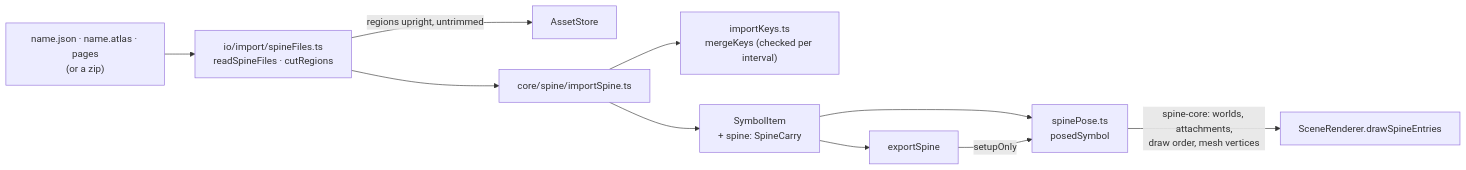
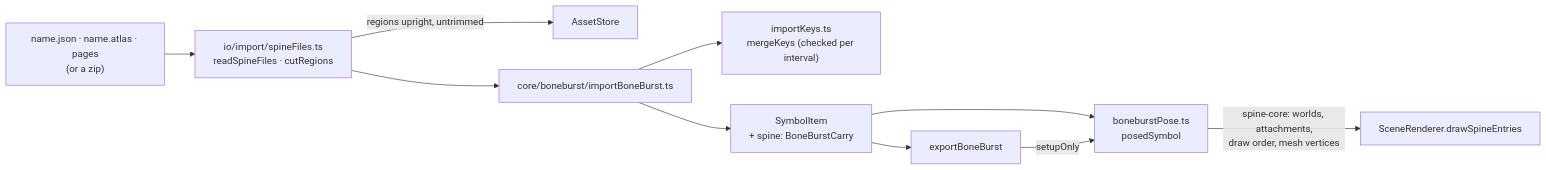
The fourth of 7 diagrams in docs/ARCHITECTURE.md (12pnp/M0-Animation-2D), drawn with Mermaid before and after one commit. The commit also changed other lines of this file and 115 other files, not shown here.

First line of the commit message:
Rename the core Spine module to BoneBurst; plan the move into M0-Animation-2D

````diff
--- a/docs/ARCHITECTURE.md
+++ b/docs/ARCHITECTURE.md
@@ -1135,12 +1135,12 @@
 ```mermaid
 flowchart LR
     FILES["name.json · name.atlas · pages<br/>(or a zip)"] --> READ["io/import/spineFiles.ts<br/>readSpineFiles · cutRegions"]
     READ -->|"regions upright, untrimmed"| ASSETS["AssetStore"]
-    READ --> IMP["core/spine/importSpine.ts"]
+    READ --> IMP["core/boneburst/importBoneBurst.ts"]
     IMP --> KEYS["importKeys.ts<br/>mergeKeys (checked per interval)"]
-    IMP --> DOC["SymbolItem<br/>+ spine: SpineCarry"]
-    DOC --> EXP["exportSpine"]
-    DOC --> POSE["spinePose.ts<br/>posedSymbol"]
+    IMP --> DOC["SymbolItem<br/>+ spine: BoneBurstCarry"]
+    DOC --> EXP["exportBoneBurst"]
+    DOC --> POSE["boneburstPose.ts<br/>posedSymbol"]
     EXP -->|"setupOnly"| POSE
     POSE -->|"spine-core: worlds, attachments,<br/>draw order, mesh vertices"| STAGE["SceneRenderer.drawSpineEntries"]
 ```
````
